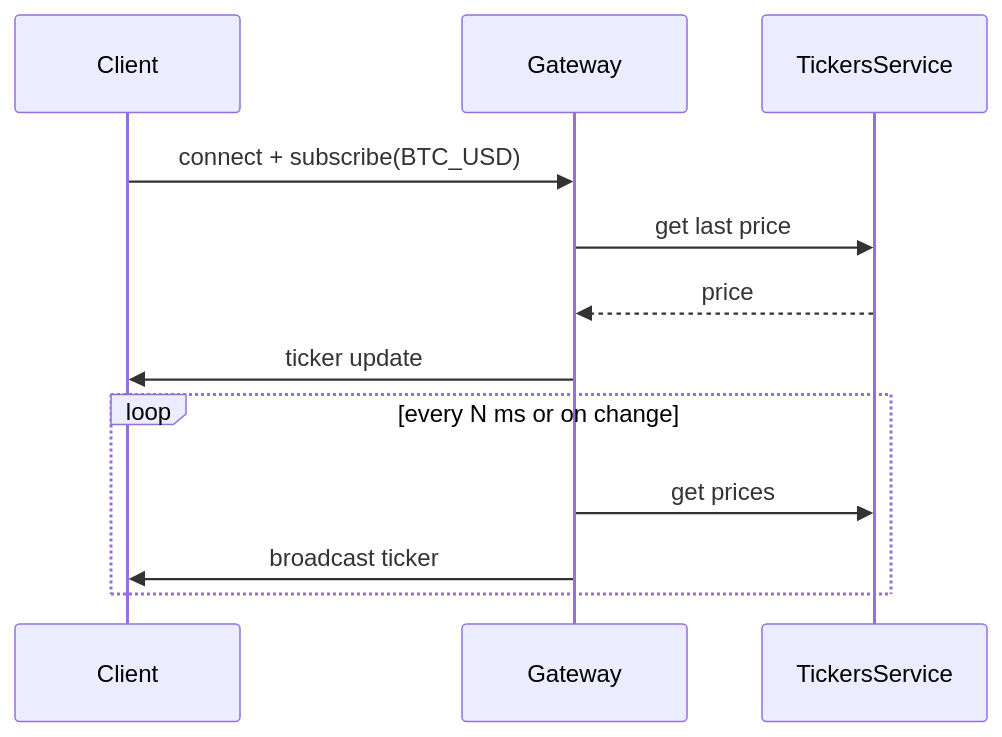
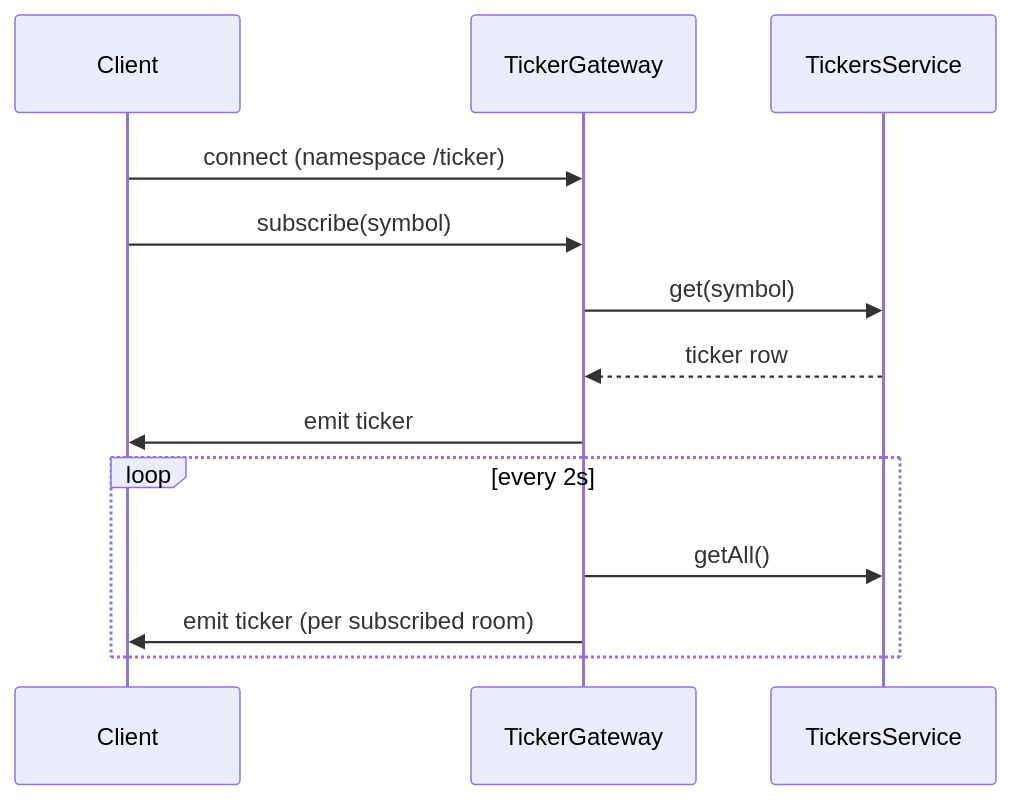
Before and after one commit to mmizin/CryptoSandboxQA: the second of 2 diagrams in ARCHITECTURE.md, drawn with Mermaid. The commit also changed other lines of this file and 1 other file, not shown here.

Commit message:
Update architecture documentation to reflect recent changes in repository layout, tech stack, and backend modules. Added detailed descriptions of feature modules and updated database structure information. Ensure alignment with project conventions for documentation maintenance. (#43)

````diff
--- a/ARCHITECTURE.md
+++ b/ARCHITECTURE.md
@@ -83,15 +147,16 @@
 ```mermaid
 sequenceDiagram
     participant Client
-    participant Gateway
+    participant Gateway as TickerGateway
     participant TickersService
-    
-    Client->>Gateway: connect + subscribe(BTC_USD)
-    Gateway->>TickersService: get last price
-    TickersService-->>Gateway: price
-    Gateway->>Client: ticker update
-    loop every N ms or on change
-        Gateway->>TickersService: get prices
-        Gateway->>Client: broadcast ticker
+
+    Client->>Gateway: connect (namespace /ticker)
+    Client->>Gateway: subscribe(symbol)
+    Gateway->>TickersService: get(symbol)
+    TickersService-->>Gateway: ticker row
+    Gateway->>Client: emit ticker
+    loop every 2s
+        Gateway->>TickersService: getAll()
+        Gateway->>Client: emit ticker (per subscribed room)
     end
 ```
````
